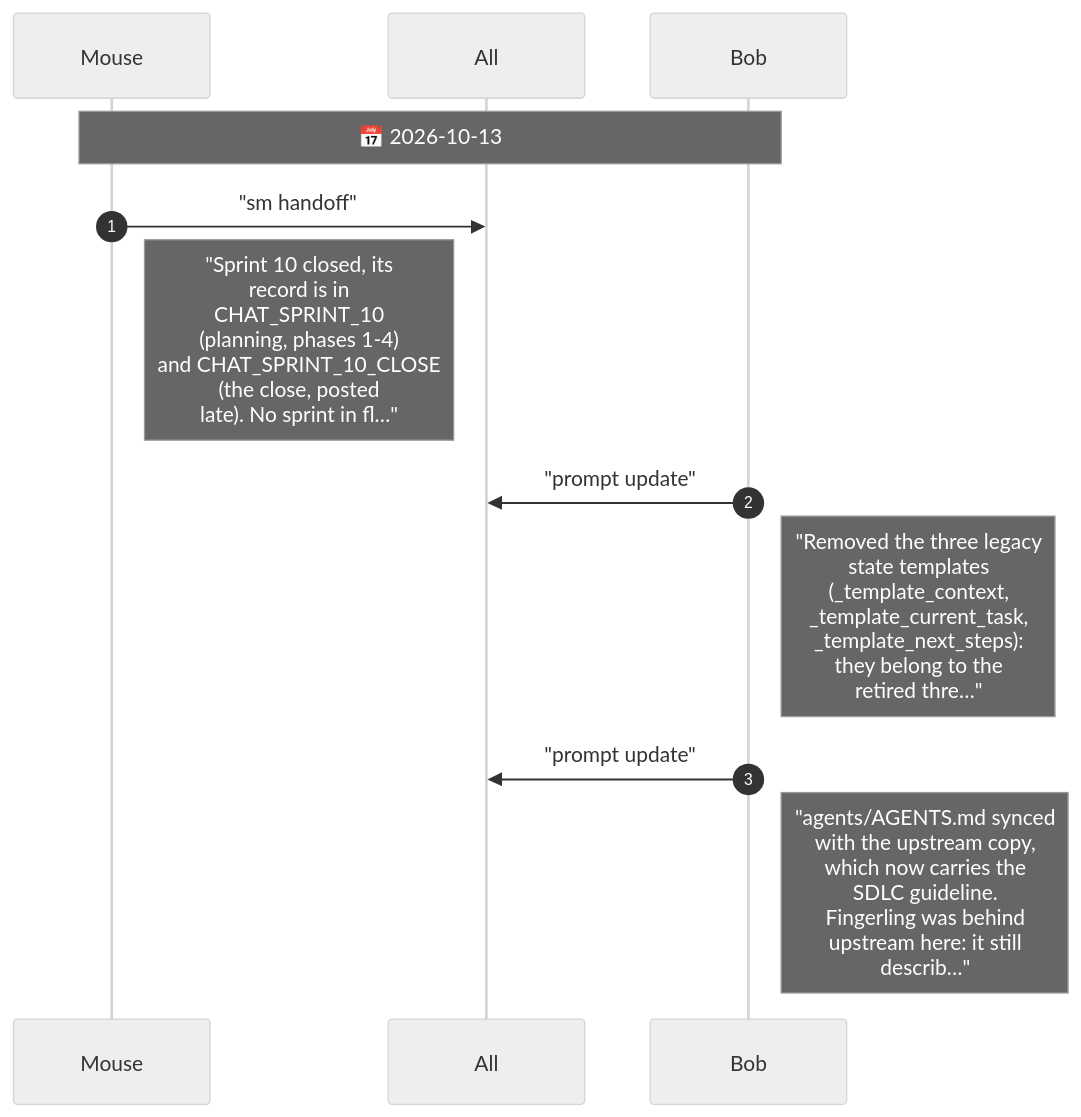
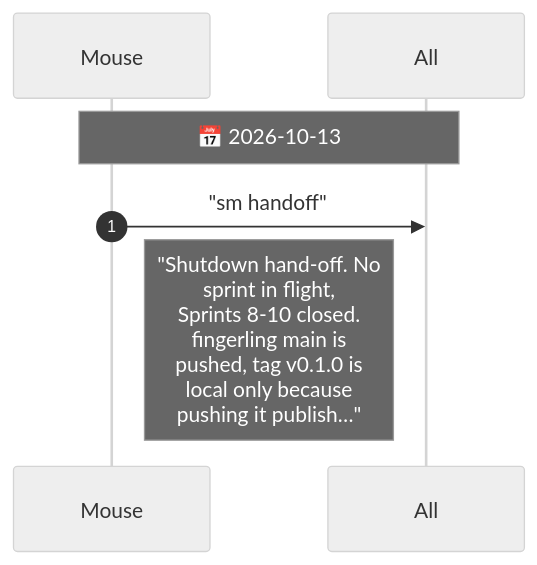
One commit to drusifer/fingerling changed the diagram in agents/CHAT.diagram.md. Above: the diagram before and after it, drawn with Mermaid (neutral theme). The commit also changed 6 other files, not shown here.

First line of the commit message:
docs: prepare hand-off for shutdown

````diff
--- a/agents/CHAT.diagram.md
+++ b/agents/CHAT.diagram.md
@@ -5,15 +5,10 @@
 ```mermaid
 %%{init: {"sequence": {"messageFontSize": 14, "noteFontSize": 18, "actorFontSize": 14}}}%%
 sequenceDiagram
     autonumber
     participant Mouse
     participant All
-    participant Bob
-    Note over Mouse,Bob: 📅 2026-10-13
+    Note over Mouse,All: 📅 2026-10-13
     Mouse->>All: "sm handoff"
-    Note right of Mouse: "Sprint 10 closed, its<br/>record is in<br/>CHAT_SPRINT_10<br/>(planning, phases 1-4)<br/>and CHAT_SPRINT_10_CLOSE<br/>(the close, posted<br/>late). No sprint in fl…"
-    Bob->>All: "prompt update"
-    Note right of Bob: "Removed the three legacy<br/>state templates<br/>(_template_context,<br/>_template_current_task,<br/>_template_next_steps):<br/>they belong to the<br/>retired thre…"
-    Bob->>All: "prompt update"
-    Note right of Bob: "agents/AGENTS.md synced<br/>with the upstream copy,<br/>which now carries the<br/>SDLC guideline.<br/>Fingerling was behind<br/>upstream here: it still<br/>describ…"
+    Note right of Mouse: "Shutdown hand-off. No<br/>sprint in flight,<br/>Sprints 8-10 closed.<br/>fingerling main is<br/>pushed, tag v0.1.0 is<br/>local only because<br/>pushing it publish…"
 ```
````
